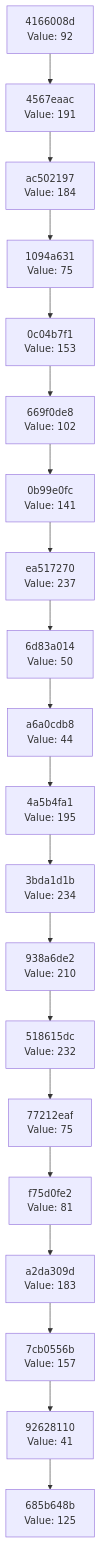
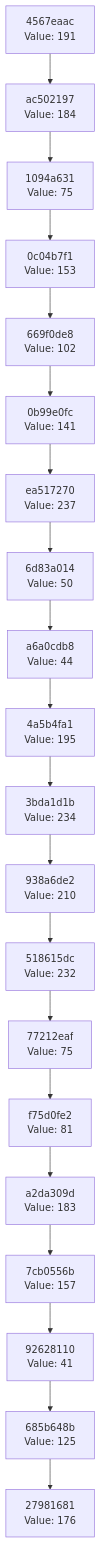
The diagram in docs/CHAIN_VISUALIZATION.md (Abhisheksinha1506/hash-chain-evolver), drawn with Mermaid before and after one commit. The commit also changed 3 other files, not shown here.

````diff
--- a/docs/CHAIN_VISUALIZATION.md
+++ b/docs/CHAIN_VISUALIZATION.md
@@ -3,42 +3,42 @@
 ```mermaid
 graph TD
-    C0["685b648b<br/>Value: 125"]
-    C1["92628110<br/>Value: 41"]
+    C0["27981681<br/>Value: 176"]
+    C1["685b648b<br/>Value: 125"]
     C1 --> C0
-    C2["7cb0556b<br/>Value: 157"]
+    C2["92628110<br/>Value: 41"]
     C2 --> C1
-    C3["a2da309d<br/>Value: 183"]
+    C3["7cb0556b<br/>Value: 157"]
     C3 --> C2
-    C4["f75d0fe2<br/>Value: 81"]
+    C4["a2da309d<br/>Value: 183"]
     C4 --> C3
-    C5["77212eaf<br/>Value: 75"]
+    C5["f75d0fe2<br/>Value: 81"]
     C5 --> C4
-    C6["518615dc<br/>Value: 232"]
+    C6["77212eaf<br/>Value: 75"]
     C6 --> C5
-    C7["938a6de2<br/>Value: 210"]
+    C7["518615dc<br/>Value: 232"]
     C7 --> C6
-    C8["3bda1d1b<br/>Value: 234"]
+    C8["938a6de2<br/>Value: 210"]
     C8 --> C7
-    C9["4a5b4fa1<br/>Value: 195"]
+    C9["3bda1d1b<br/>Value: 234"]
     C9 --> C8
-    C10["a6a0cdb8<br/>Value: 44"]
+    C10["4a5b4fa1<br/>Value: 195"]
     C10 --> C9
-    C11["6d83a014<br/>Value: 50"]
+    C11["a6a0cdb8<br/>Value: 44"]
     C11 --> C10
-    C12["ea517270<br/>Value: 237"]
+    C12["6d83a014<br/>Value: 50"]
     C12 --> C11
-    C13["0b99e0fc<br/>Value: 141"]
+    C13["ea517270<br/>Value: 237"]
     C13 --> C12
-    C14["669f0de8<br/>Value: 102"]
+    C14["0b99e0fc<br/>Value: 141"]
     C14 --> C13
-    C15["0c04b7f1<br/>Value: 153"]
+    C15["669f0de8<br/>Value: 102"]
     C15 --> C14
-    C16["1094a631<br/>Value: 75"]
+    C16["0c04b7f1<br/>Value: 153"]
     C16 --> C15
-    C17["ac502197<br/>Value: 184"]
+    C17["1094a631<br/>Value: 75"]
     C17 --> C16
-    C18["4567eaac<br/>Value: 191"]
+    C18["ac502197<br/>Value: 184"]
     C18 --> C17
-    C19["4166008d<br/>Value: 92"]
+    C19["4567eaac<br/>Value: 191"]
     C19 --> C18
 ```
````
